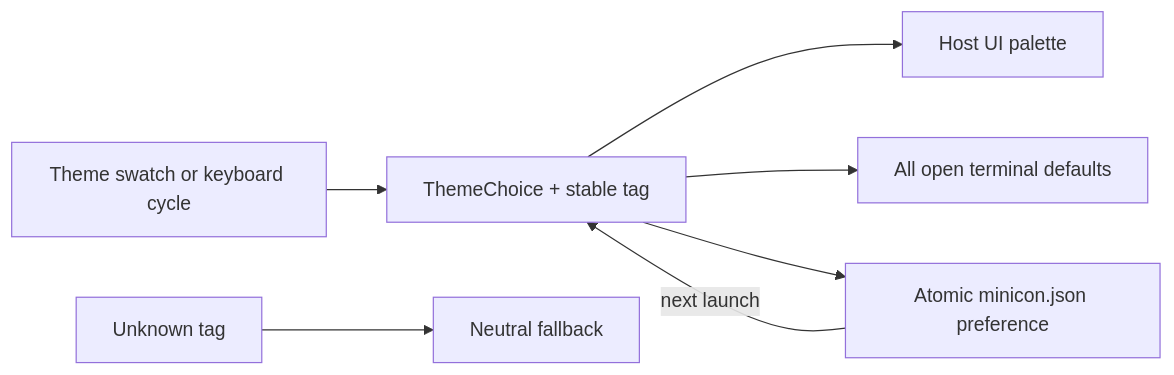
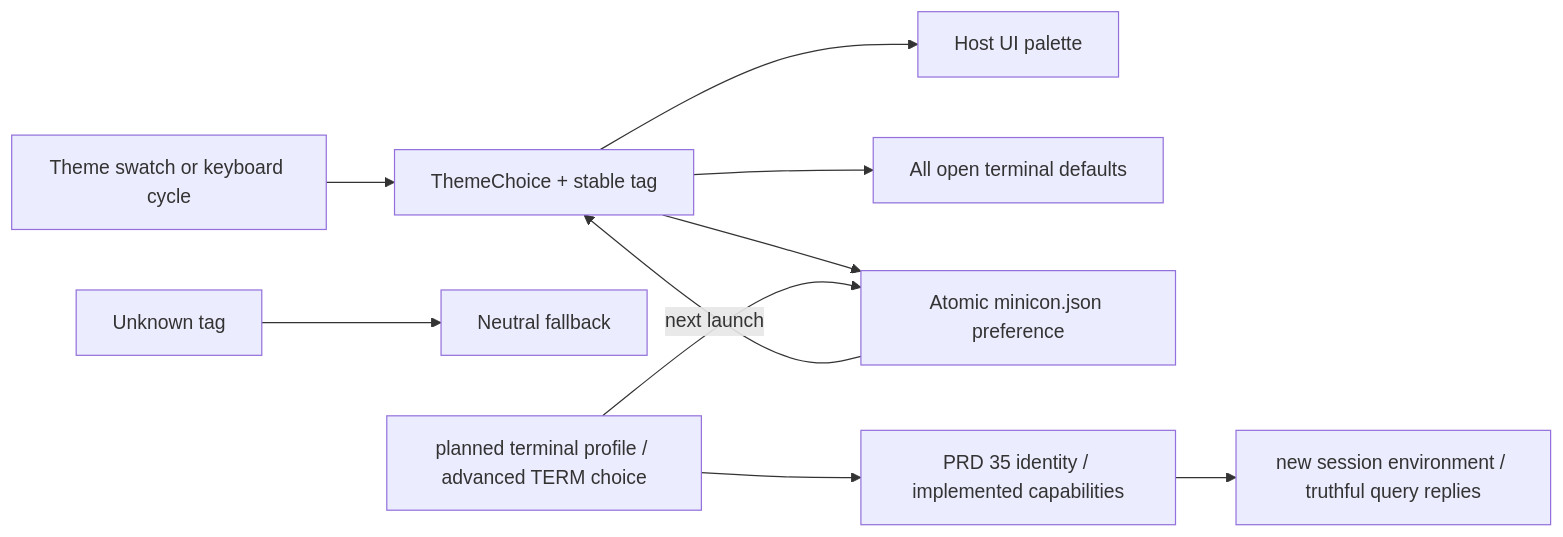
Before and after one commit to partnernetsoftware/minicon: the first of 2 diagrams in prd/PRD_02_25_con_workspace.md, drawn with Mermaid. The commit also changed other lines of this file and 6 other files, not shown here.

````diff
--- a/prd/PRD_02_25_con_workspace.md
+++ b/prd/PRD_02_25_con_workspace.md
@@ -36,9 +41,12 @@
 ```mermaid
 flowchart LR
     Choice["Theme swatch or keyboard cycle"] --> T["ThemeChoice + stable tag"]
     T --> Host["Host UI palette"]
     T --> Tabs["All open terminal defaults"]
     T --> Save["Atomic minicon.json preference"]
     Save -->|next launch| T
     Bad["Unknown tag"] --> Default["Neutral fallback"]
+    Term["planned terminal profile / advanced TERM choice"] --> Contract["PRD 35 identity / implemented capabilities"]
+    Contract --> Spawn["new session environment / truthful query replies"]
+    Term --> Save
 ```
````
